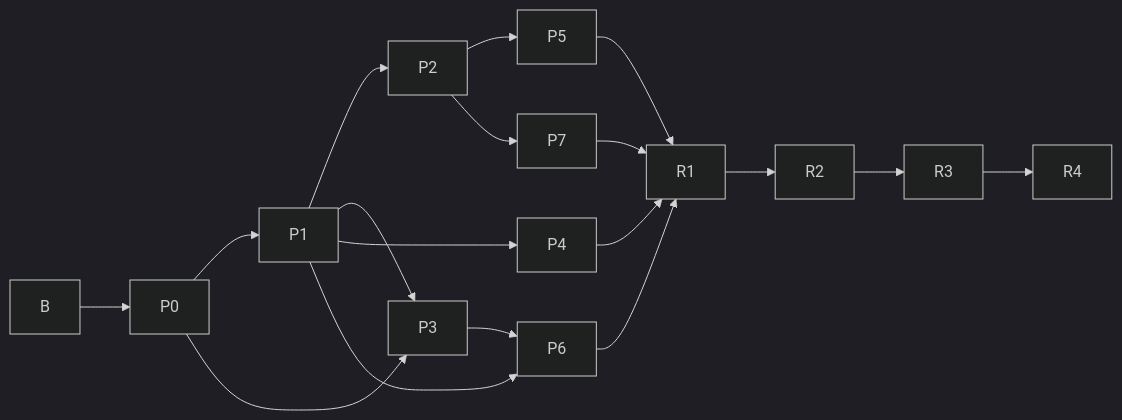
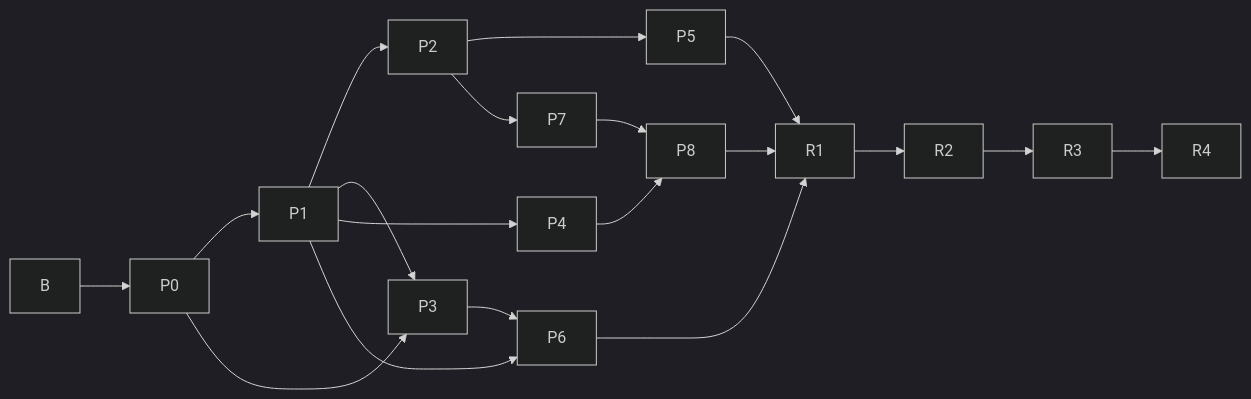
The diagram in plans/README.md (Conz-Wilts/driverdesk), drawn with Mermaid (dark theme) before and after one commit. The commit also changed other lines of this file and 6 other files, not shown here.

````diff
--- a/plans/README.md
+++ b/plans/README.md
@@ -21,11 +24,13 @@
 ```mermaid
 flowchart LR
   B --> P0 --> P1 --> P2 --> P5
   P0 --> P3
   P1 --> P3
   P1 --> P4
   P2 --> P7
   P3 --> P6
   P1 --> P6
-  P4 & P5 & P6 & P7 --> R1 --> R2 --> R3 --> R4
+  P4 --> P8
+  P7 --> P8
+  P5 & P6 & P8 --> R1 --> R2 --> R3 --> R4
 ```
````
